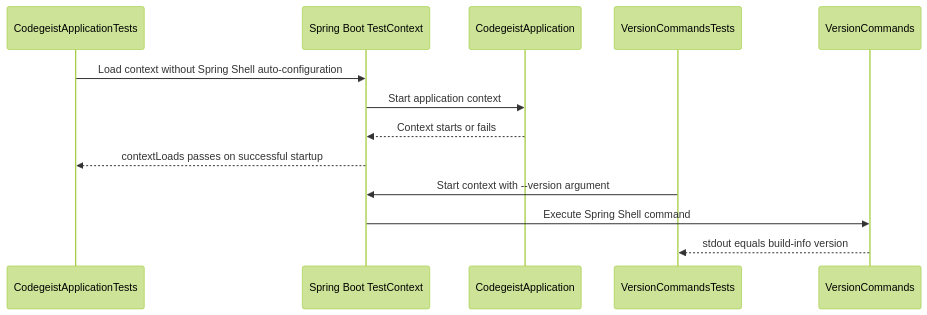
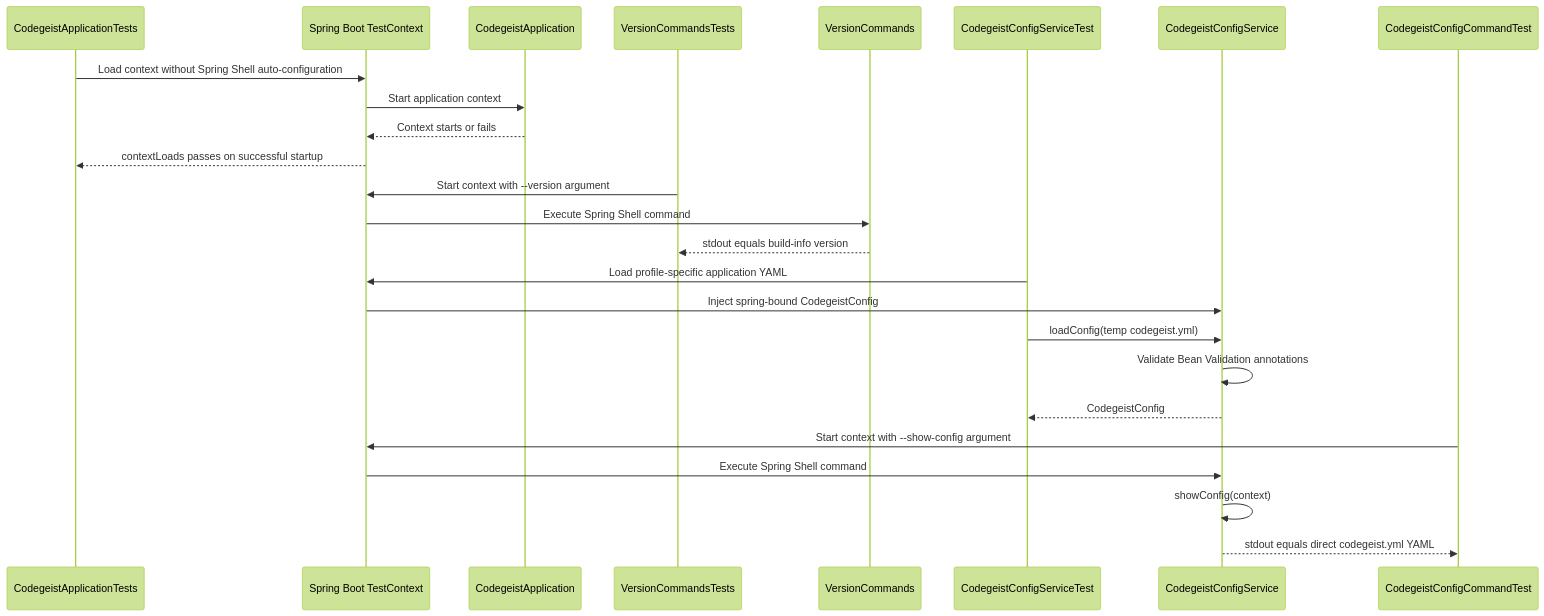
One commit to codegeist-ai/codegeist changed the second of 2 diagrams in docs/developer/architecture/architecture.md. Above: the diagram before and after it, drawn with Mermaid (forest theme). The commit also changed other lines of this file and 31 other files, not shown here.

````diff
--- a/docs/developer/architecture/architecture.md
+++ b/docs/developer/architecture/architecture.md
@@ -129,16 +199,28 @@
 ```mermaid
 sequenceDiagram
     participant Test as CodegeistApplicationTests
     participant Spring as Spring Boot TestContext
     participant App as CodegeistApplication
     participant VersionTest as VersionCommandsTests
     participant Version as VersionCommands
+    participant ConfigTest as CodegeistConfigServiceTest
+    participant ConfigService as CodegeistConfigService
+    participant ConfigCommandTest as CodegeistConfigCommandTest
 
     Test->>Spring: Load context without Spring Shell auto-configuration
     Spring->>App: Start application context
     App-->>Spring: Context starts or fails
     Spring-->>Test: contextLoads passes on successful startup
     VersionTest->>Spring: Start context with --version argument
     Spring->>Version: Execute Spring Shell command
     Version-->>VersionTest: stdout equals build-info version
+    ConfigTest->>Spring: Load profile-specific application YAML
+    Spring->>ConfigService: Inject spring-bound CodegeistConfig
+    ConfigTest->>ConfigService: loadConfig(temp codegeist.yml)
+    ConfigService->>ConfigService: Validate Bean Validation annotations
+    ConfigService-->>ConfigTest: CodegeistConfig
+    ConfigCommandTest->>Spring: Start context with --show-config argument
+    Spring->>ConfigService: Execute Spring Shell command
+    ConfigService->>ConfigService: showConfig(context)
+    ConfigService-->>ConfigCommandTest: stdout equals direct codegeist.yml YAML
 ```
````
